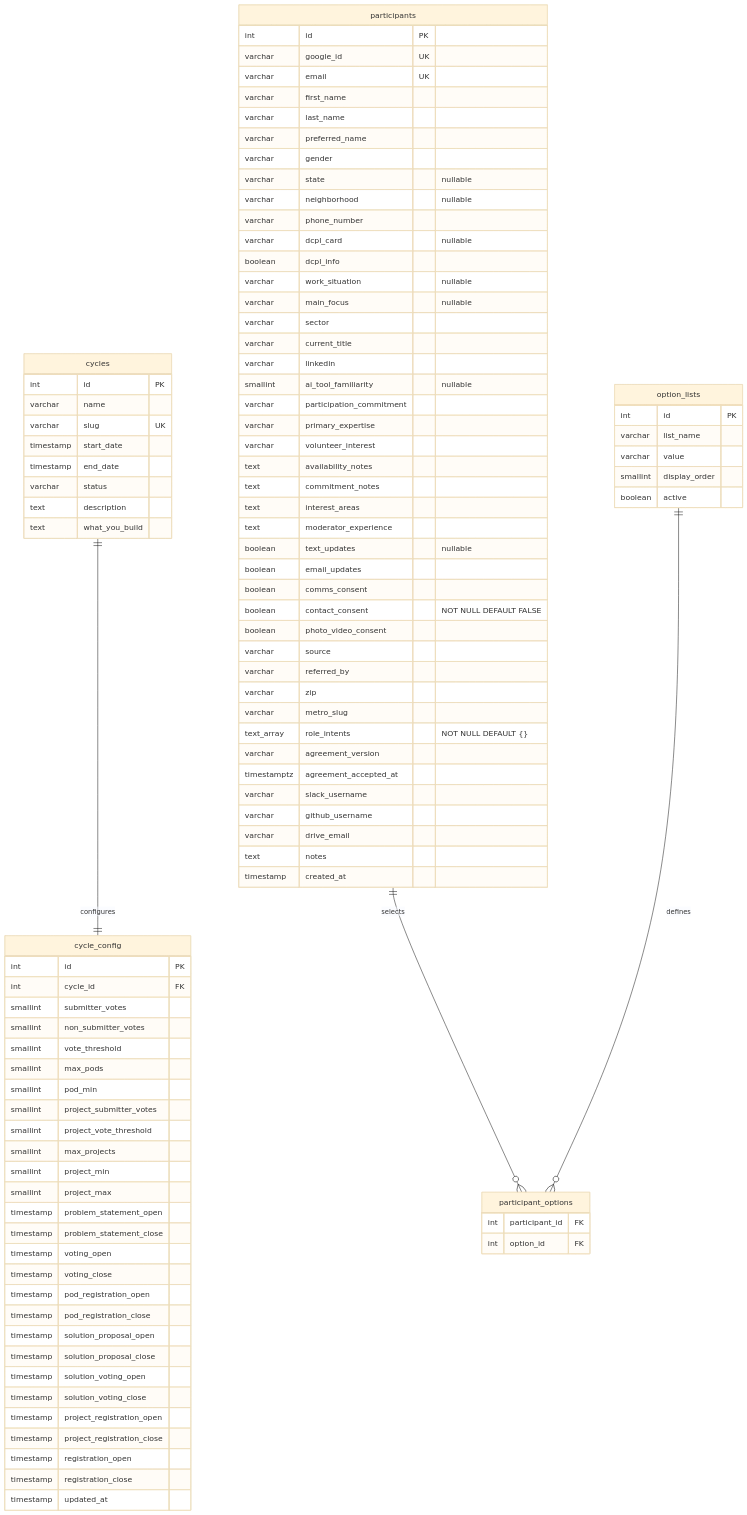
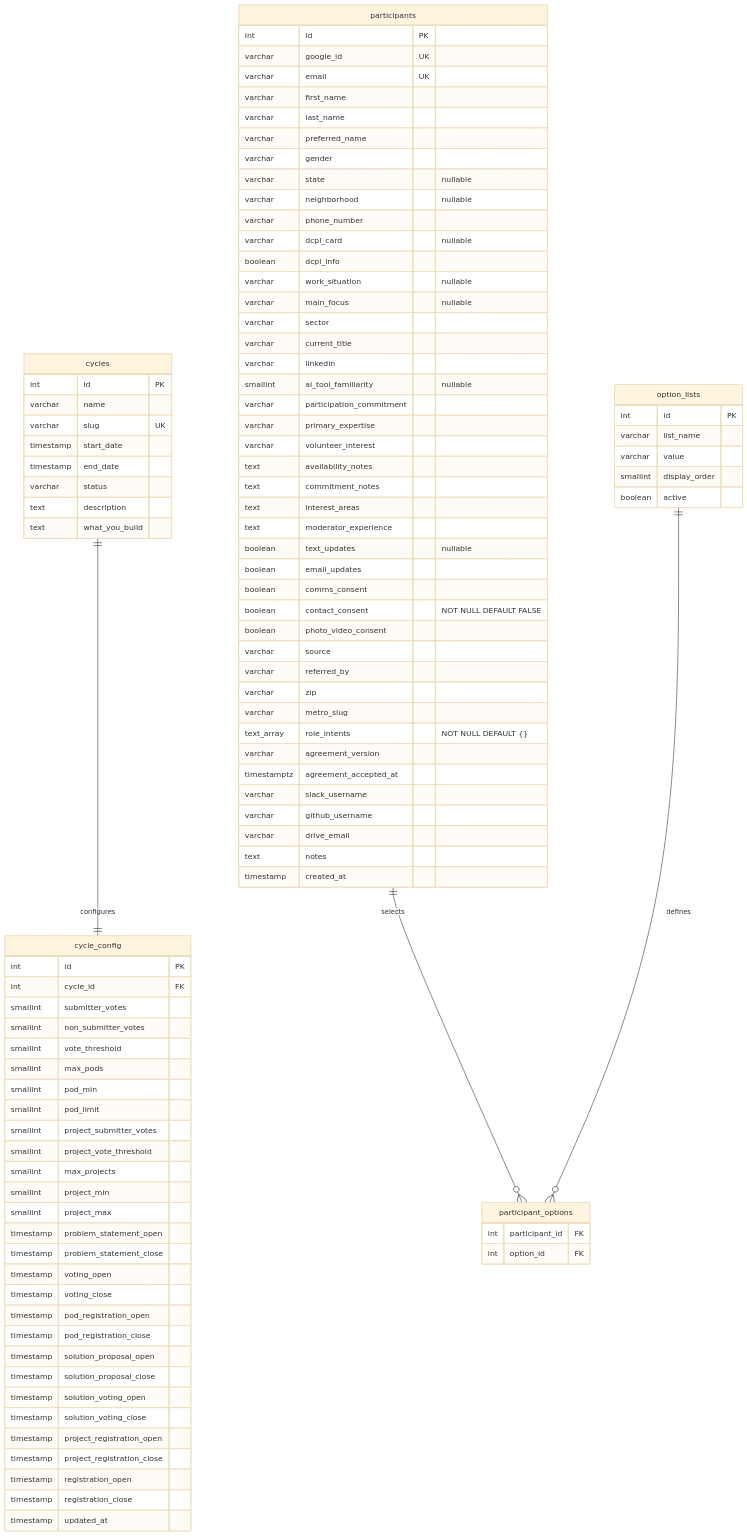
The second of 6 diagrams in SCHEMA.md (TheUpskillingLabs/OLOS), drawn with Mermaid (base theme) before and after one commit. The commit also changed 22 other files, not shown here.

First line of the commit message:
Harden pod & project creation flows end to end

```diff
--- a/SCHEMA.md
+++ b/SCHEMA.md
@@ -59,6 +59,7 @@
         smallint vote_threshold
         smallint max_pods
         smallint pod_min
+        smallint pod_limit
         smallint project_submitter_votes
         smallint project_vote_threshold
         smallint max_projects
```
